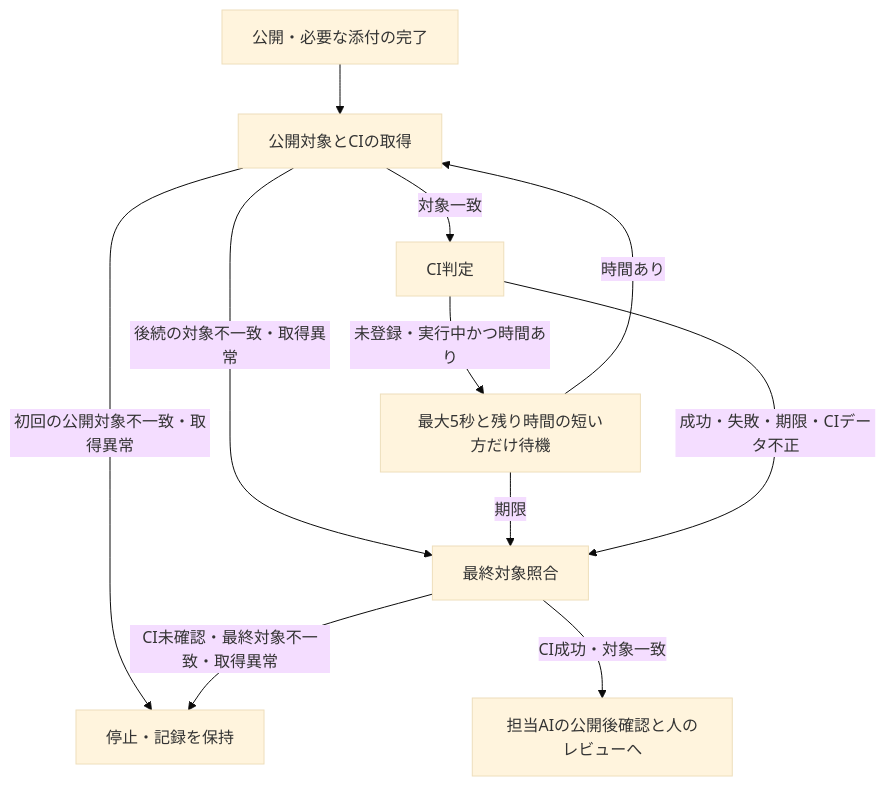
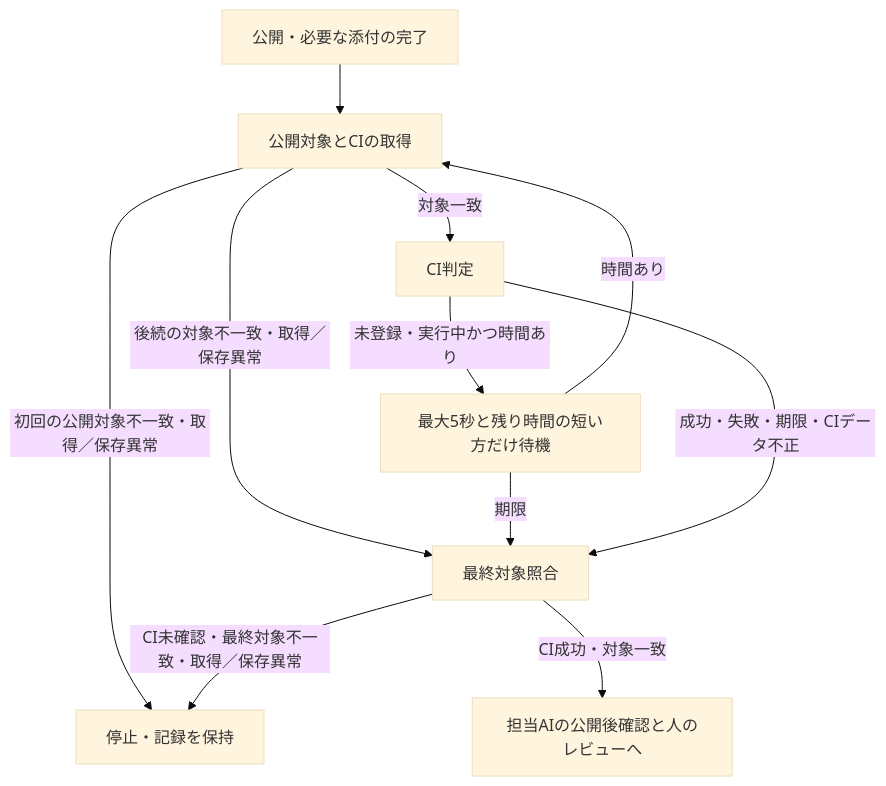
The diagram in scripts/README.md (thkt/dotagents), drawn with Mermaid (base theme) before and after one commit. The commit also changed other lines of this file and 8 other files, not shown here.

````diff
--- a/scripts/README.md
+++ b/scripts/README.md
@@ -417,13 +437,13 @@
 ```mermaid
 flowchart TD
   A[公開・必要な添付の完了] --> P22[公開対象とCIの取得]
-  P22 -->|初回の公開対象不一致・取得異常| S[停止・記録を保持]
+  P22 -->|初回の公開対象不一致・取得／保存異常| S[停止・記録を保持]
   P22 -->|対象一致| P24[CI判定]
-  P22 -->|後続の対象不一致・取得異常| P25[最終対象照合]
+  P22 -->|後続の対象不一致・取得／保存異常| P25[最終対象照合]
   P24 -->|未登録・実行中かつ時間あり| W[最大5秒と残り時間の短い方だけ待機]
   W -->|時間あり| P22
   W -->|期限| P25
   P24 -->|成功・失敗・期限・CIデータ不正| P25
-  P25 -->|CI未確認・最終対象不一致・取得異常| S
+  P25 -->|CI未確認・最終対象不一致・取得／保存異常| S
   P25 -->|CI成功・対象一致| H[担当AIの公開後確認と人のレビューへ]
 ```
````
